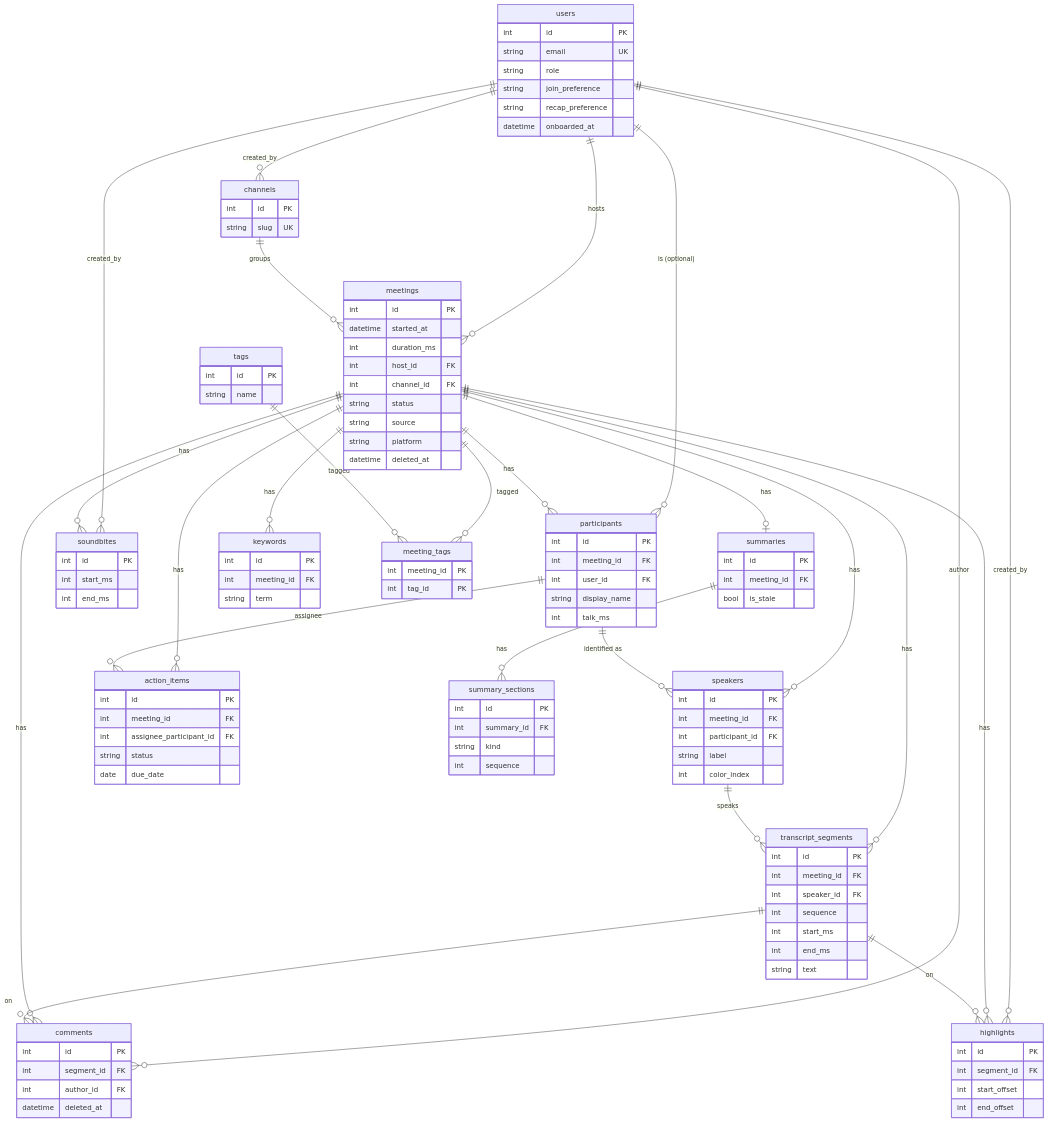
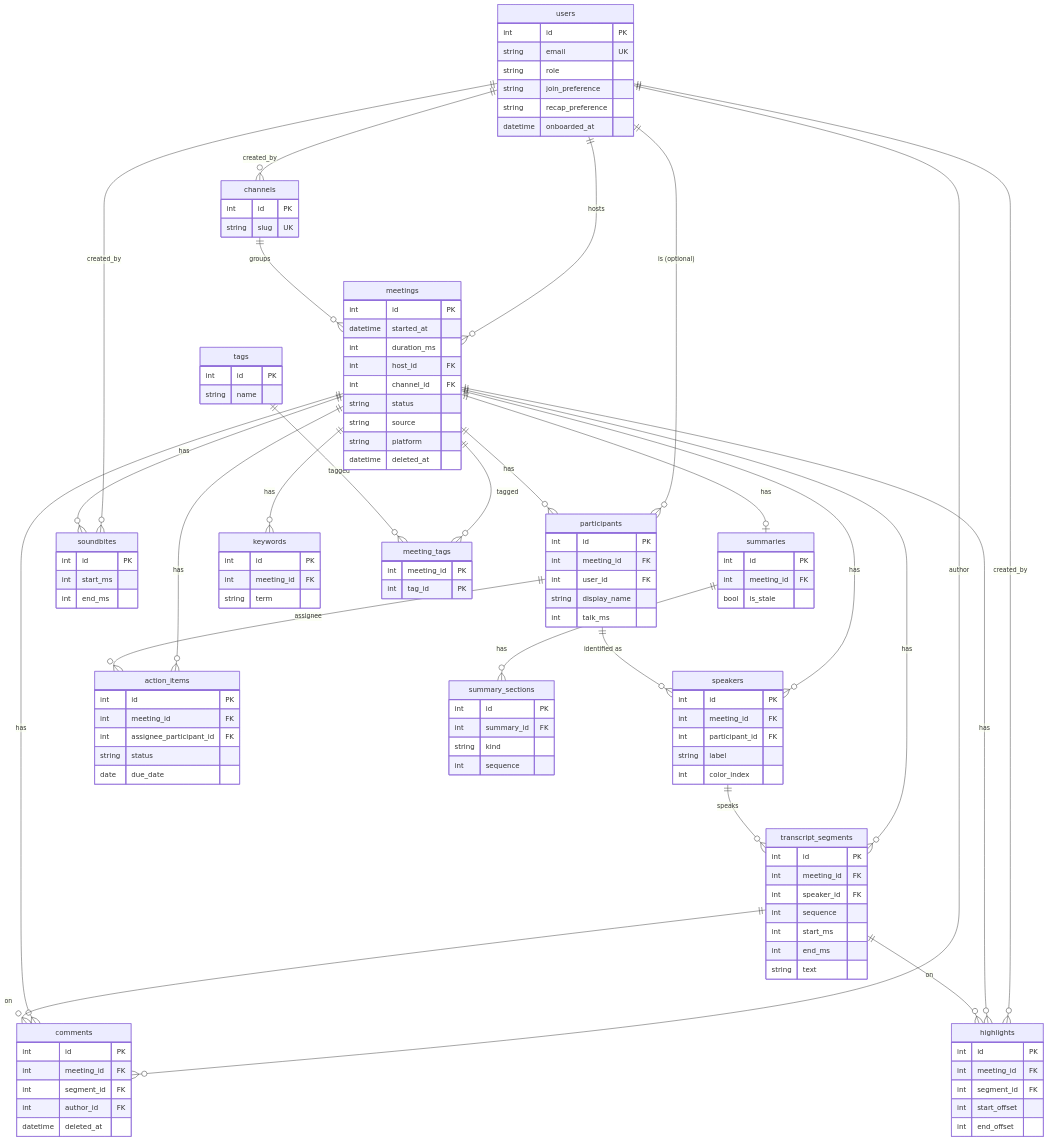
Before and after one commit to Aarush-Rajoura/fireflies-clone: the diagram in docs/schema.md, drawn with Mermaid. The commit also changed other lines of this file and 13 other files, not shown here.

Commit message:
fix(db): utc datetimes, fk indexes and schema doc fixes

```diff
--- a/docs/schema.md
+++ b/docs/schema.md
@@ -104,12 +104,14 @@
     }
     comments {
         int id PK
+        int meeting_id FK
         int segment_id FK
         int author_id FK
         datetime deleted_at
     }
     highlights {
         int id PK
+        int meeting_id FK
         int segment_id FK
         int start_offset
         int end_offset
```
